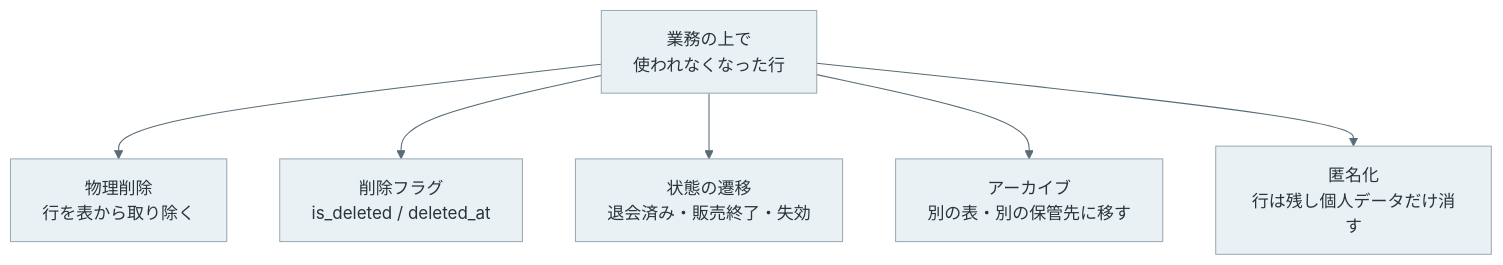
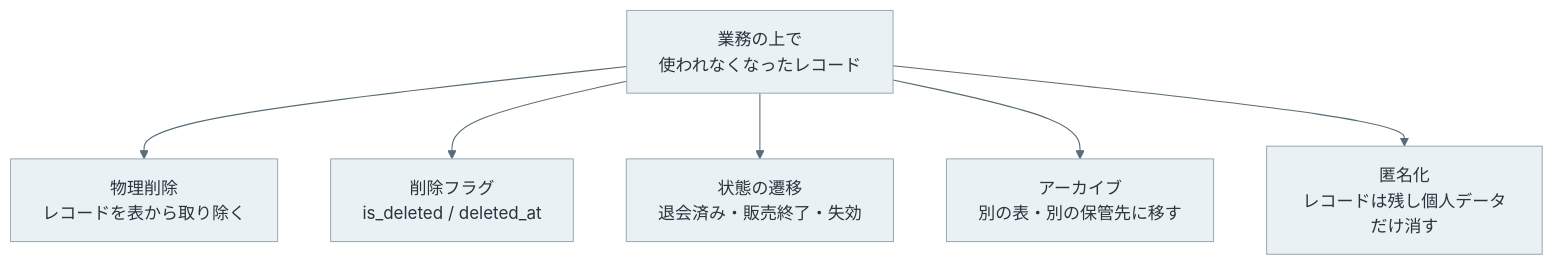
Before and after one commit to nao1215/debimate: the first of 7 diagrams in content/notes/database-systems/soft-delete/index.md, drawn with Mermaid. The commit also changed other lines of this file and 125 other files, not shown here.

````diff
--- a/content/notes/database-systems/soft-delete/index.md
+++ b/content/notes/database-systems/soft-delete/index.md
@@ -17,10 +17,10 @@
 ```mermaid
 %%{init: {"theme":"base","themeVariables":{"primaryColor":"#eaf1f5","primaryTextColor":"#28343b","primaryBorderColor":"#9cabb5","lineColor":"#596b76","textColor":"#28343b","actorBkg":"#eaf1f5","actorBorder":"#9cabb5","actorTextColor":"#28343b","actorLineColor":"#9cabb5","signalColor":"#596b76","signalTextColor":"#28343b","noteBkgColor":"#f7f1e5","noteBorderColor":"#c5b99b","noteTextColor":"#403c32","activationBkgColor":"#edf3ef","activationBorderColor":"#9aafa1"}}}%%
 flowchart TD
-    S["業務の上で<br/>使われなくなった行"] --> A["物理削除<br/>行を表から取り除く"]
+    S["業務の上で<br/>使われなくなったレコード"] --> A["物理削除<br/>レコードを表から取り除く"]
     S --> B["削除フラグ<br/>is_deleted / deleted_at"]
     S --> C["状態の遷移<br/>退会済み・販売終了・失効"]
     S --> D["アーカイブ<br/>別の表・別の保管先に移す"]
-    S --> E["匿名化<br/>行は残し個人データだけ消す"]
+    S --> E["匿名化<br/>レコードは残し個人データだけ消す"]
     classDef default fill:#eaf1f5,stroke:#9cabb5,color:#28343b;
 ```
````
